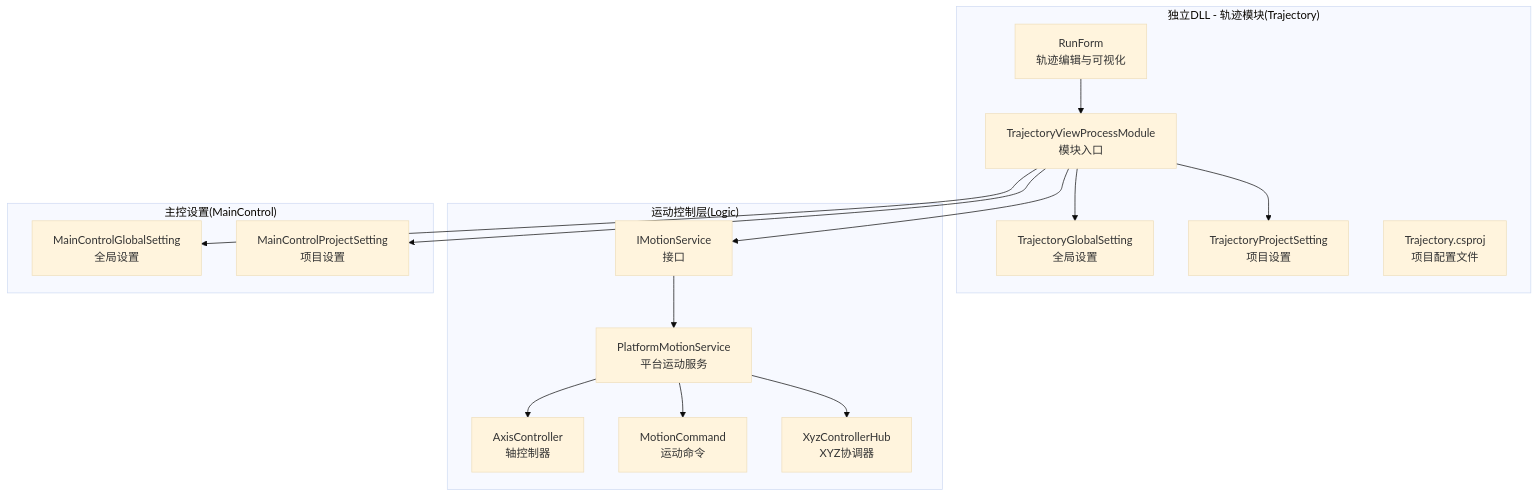
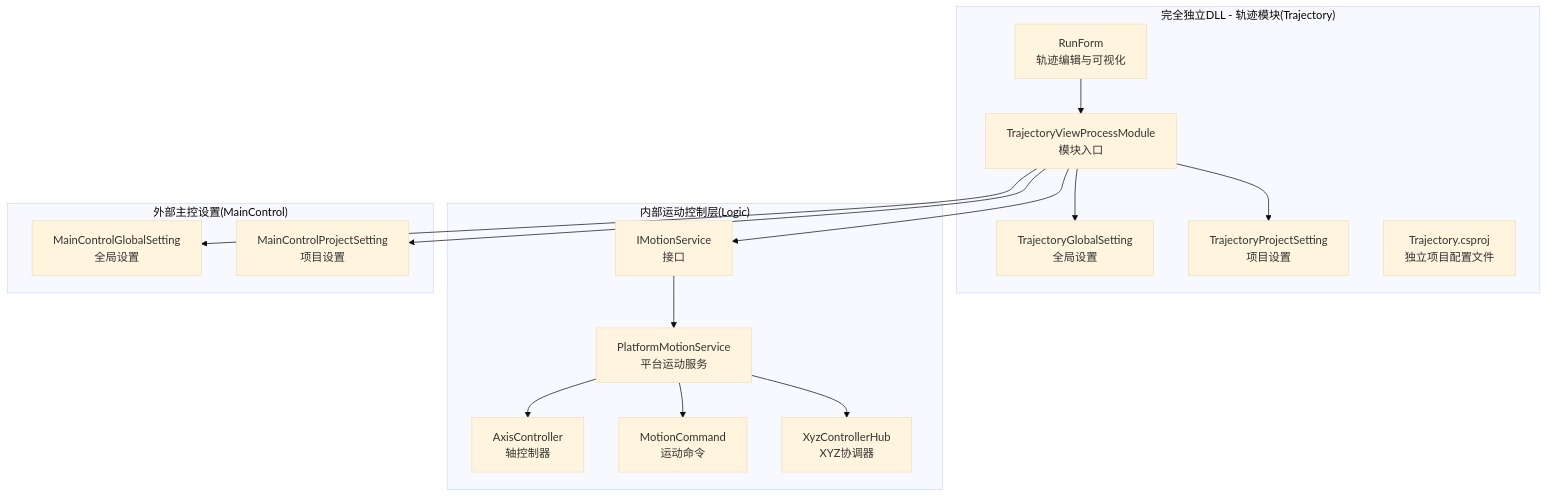
Before and after one commit to fuweiq94-cloud/339918076: the first of 10 diagrams in .qoder/repowiki/zh/content/核心功能模块/轨迹规划模块 (Trajectory).md, drawn with Mermaid (base theme). The commit also changed other lines of this file and 84 other files, not shown here.

````diff
--- a/.qoder/repowiki/zh/content/核心功能模块/轨迹规划模块 (Trajectory).md
+++ b/.qoder/repowiki/zh/content/核心功能模块/轨迹规划模块 (Trajectory).md
@@ -58,31 +57,31 @@
 ```mermaid
 graph TB
-subgraph "独立DLL - 轨迹模块(Trajectory)"
+subgraph "完全独立DLL - 轨迹模块(Trajectory)"
 UI["RunForm<br/>轨迹编辑与可视化"]
 Mod["TrajectoryViewProcessModule<br/>模块入口"]
 GSet["TrajectoryGlobalSetting<br/>全局设置"]
 PSet["TrajectoryProjectSetting<br/>项目设置"]
-Proj["Trajectory.csproj<br/>项目配置文件"]
+Proj["Trajectory.csproj<br/>独立项目配置文件"]
 end
-subgraph "运动控制层(Logic)"
+subgraph "内部运动控制层(Logic)"
 IM["IMotionService<br/>接口"]
 AMS["PlatformMotionService<br/>平台运动服务"]
 AC["AxisController<br/>轴控制器"]
 MC["MotionCommand<br/>运动命令"]
 XYZ["XyzControllerHub<br/>XYZ协调器"]
 end
-subgraph "主控设置(MainControl)"
+subgraph "外部主控设置(MainControl)"
 MG["MainControlGlobalSetting<br/>全局设置"]
 MP["MainControlProjectSetting<br/>项目设置"]
 end
 UI --> Mod
 Mod --> GSet
 Mod --> PSet
 Mod --> IM
 IM --> AMS
 AMS --> AC
 AMS --> XYZ
 AMS --> MC
 Mod --> MG
 Mod --> MP
 ```
````
